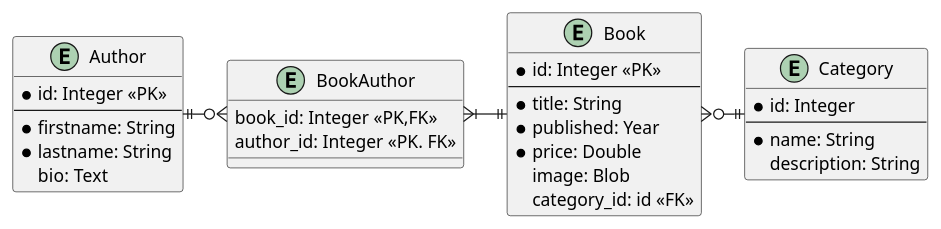
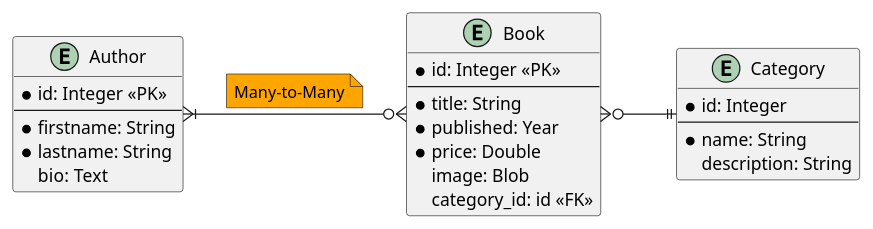
One commit to wschaefer42/jakarta-demo changed the diagram in backend-service/src/main/java/com/example/backendservice/bookstore/Design.puml. Above: the diagram before and after it, drawn with PlantUML. The commit also changed 8 other files, not shown here.

```diff
--- a/backend-service/src/main/java/com/example/backendservice/bookstore/Design.puml
+++ b/backend-service/src/main/java/com/example/backendservice/bookstore/Design.puml
@@ -1,32 +1,31 @@
 @startuml
 'https://plantuml.com/sequence-diagram
+left to right direction
 entity Author {
     *id: Integer <<PK>>
     ---
     *firstname: String
     *lastname: String
     bio: Text
 }
 entity Book {
     *id: Integer <<PK>>
     ---
     *title: String
     *published: Year
     *price: Double
     image: Blob
     category_id: id <<FK>>
 }
 entity Category {
     *id: Integer
     ---
     *name: String
     description: String
 }
-entity BookAuthor {
-    book_id: Integer <<PK,FK>>
-    author_id: Integer <<PK. FK>>
-}
-Author ||-o{ BookAuthor
-BookAuthor }|-|| Book
-Book }o-|| Category
+Author }|--o{ Book
+note top on link #orange
+Many-to-Many
+end note
+Book }o--|| Category
 @enduml
```
